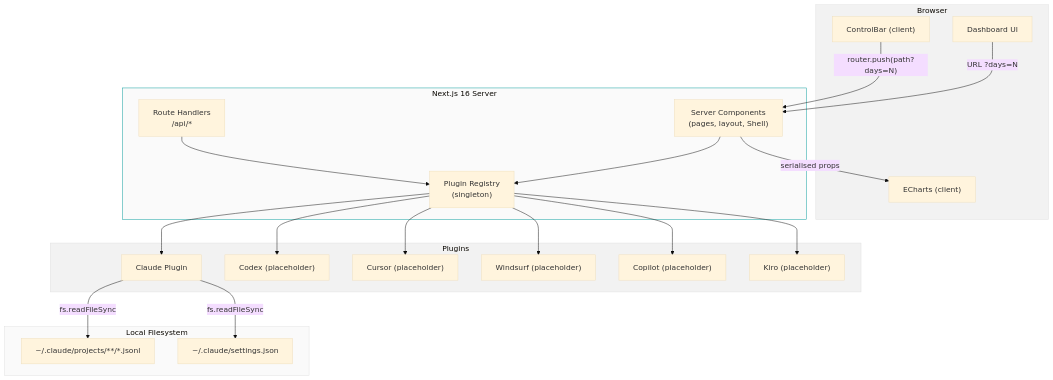
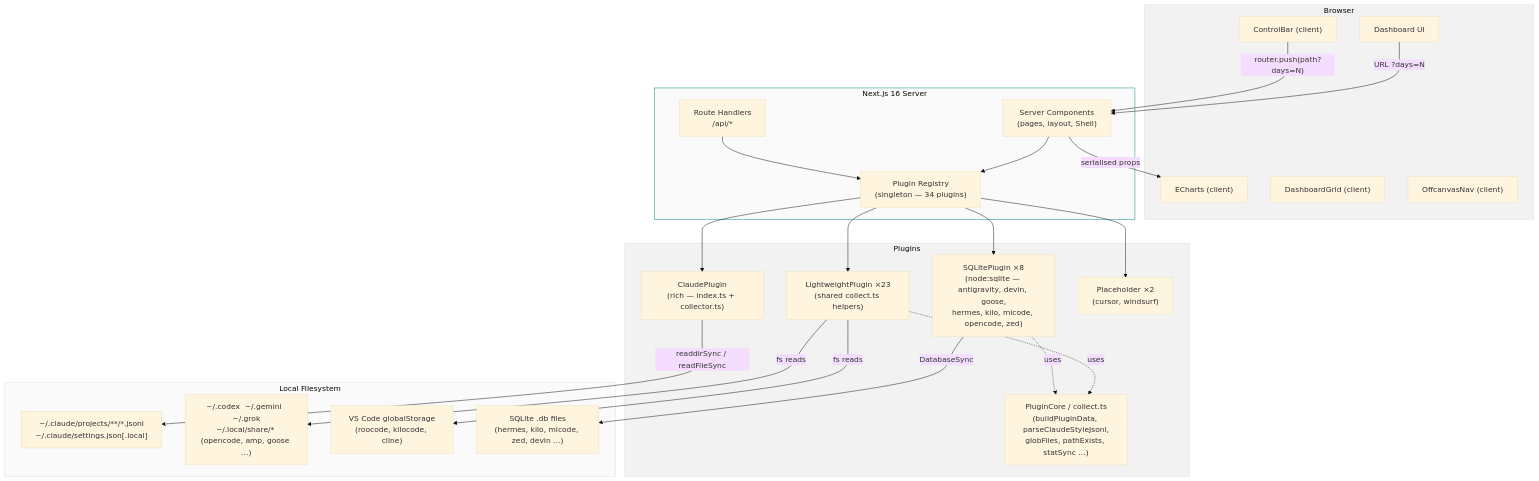
The first of 5 diagrams in docs/architecture.md (headlessengineer/aitokentracker), drawn with Mermaid (base theme) before and after one commit. The commit also changed other lines of this file and 5 other files, not shown here.

````diff
--- a/docs/architecture.md
+++ b/docs/architecture.md
@@ -23,47 +25,52 @@
 ```mermaid
 graph TD
     subgraph Browser["Browser"]
         UI["Dashboard UI"]
         EC["ECharts (client)"]
         CB["ControlBar (client)"]
+        DG["DashboardGrid (client)"]
+        ON["OffcanvasNav (client)"]
     end
 
     subgraph Server["Next.js 16 Server"]
         SC["Server Components\n(pages, layout, Shell)"]
         RH["Route Handlers\n/api/*"]
-        PR["Plugin Registry\n(singleton)"]
+        PR["Plugin Registry\n(singleton — 34 plugins)"]
     end
 
     subgraph Plugins["Plugins"]
-        CP["Claude Plugin"]
-        OP["Codex (placeholder)"]
-        CUP["Cursor (placeholder)"]
-        WP["Windsurf (placeholder)"]
-        GHP["Copilot (placeholder)"]
-        KP["Kiro (placeholder)"]
+        CP["ClaudePlugin\n(rich — index.ts + collector.ts)"]
+        LP["LightweightPlugin ×23\n(shared collect.ts helpers)"]
+        SP["SQLitePlugin ×8\n(node:sqlite — antigravity, devin, goose,\nhermes, kilo, micode, opencode, zed)"]
+        PH["Placeholder ×2\n(cursor, windsurf)"]
+        PC["PluginCore / collect.ts\n(buildPluginData, parseClaudeStyleJsonl,\nglobFiles, pathExists, statSync …)"]
     end
 
     subgraph FS["Local Filesystem"]
-        CL["~/.claude/projects/**/*.jsonl"]
-        SET["~/.claude/settings.json"]
+        CL["~/.claude/projects/**/*.jsonl\n~/.claude/settings.json[.local]"]
+        OT["~/.codex  ~/.gemini  ~/.grok\n~/.local/share/* (opencode, amp, goose …)"]
+        VS["VS Code globalStorage\n(roocode, kilocode, cline)"]
+        DB["SQLite .db files\n(hermes, kilo, micode, zed, devin …)"]
     end
 
     UI -->|"URL ?days=N"| SC
     CB -->|"router.push(path?days=N)"| SC
     SC --> PR
     RH --> PR
     PR --> CP
-    PR --> OP
-    PR --> CUP
-    PR --> WP
-    PR --> GHP
-    PR --> KP
-    CP -->|"fs.readFileSync"| CL
-    CP -->|"fs.readFileSync"| SET
+    PR --> LP
+    PR --> SP
+    PR --> PH
+    LP -.->|"uses"| PC
+    SP -.->|"uses"| PC
+    CP -->|"readdirSync / readFileSync"| CL
+    LP -->|"fs reads"| OT
+    LP -->|"fs reads"| VS
+    SP -->|"DatabaseSync"| DB
     SC -->|"serialised props"| EC
 
     style Browser fill:#f2f2f2,stroke:#e0e0e0
-    style Server fill:#fafafa,stroke:#009999
+    style Server fill:#fafafa,stroke:#008383
     style Plugins fill:#f2f2f2,stroke:#e0e0e0
     style FS fill:#fafafa,stroke:#e0e0e0
 ```
````
